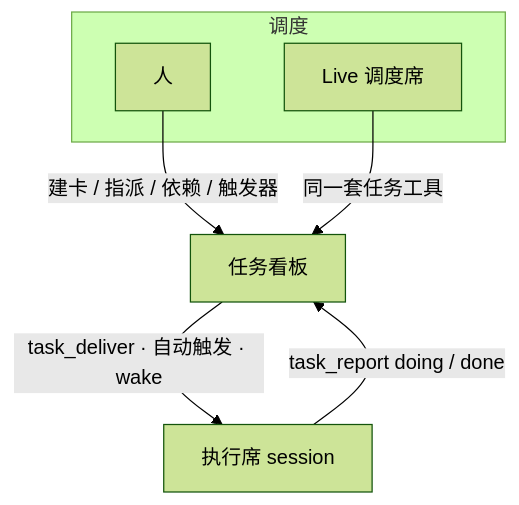
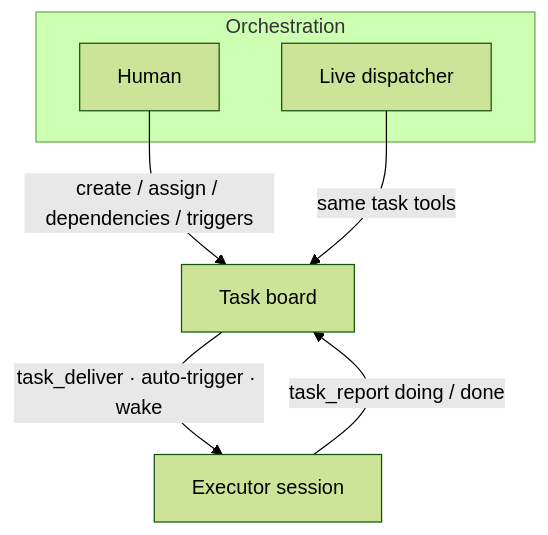
One commit to helloooooooooooooo97/biu-harness changed the first of 3 diagrams in README.md. Above: the diagram before and after it, drawn with Mermaid (forest theme). The commit also changed other lines of this file and 1 other file, not shown here.

````diff
--- a/README.md
+++ b/README.md
@@ -110,14 +101,14 @@
 ```mermaid
 flowchart TB
-  subgraph 调度
-    Person[人]
-    Live[Live 调度席]
+  subgraph Orchestration
+    Person[Human]
+    Live[Live dispatcher]
   end
-  Board[任务看板]
-  Worker[执行席 session]
+  Board[Task board]
+  Worker[Executor session]
 
-  Person -->|"建卡 / 指派 / 依赖 / 触发器"| Board
-  Live -->|"同一套任务工具"| Board
-  Board -->|"task_deliver · 自动触发 · wake"| Worker
+  Person -->|"create / assign / dependencies / triggers"| Board
+  Live -->|"same task tools"| Board
+  Board -->|"task_deliver · auto-trigger · wake"| Worker
   Worker -->|"task_report doing / done"| Board
 ```
````
